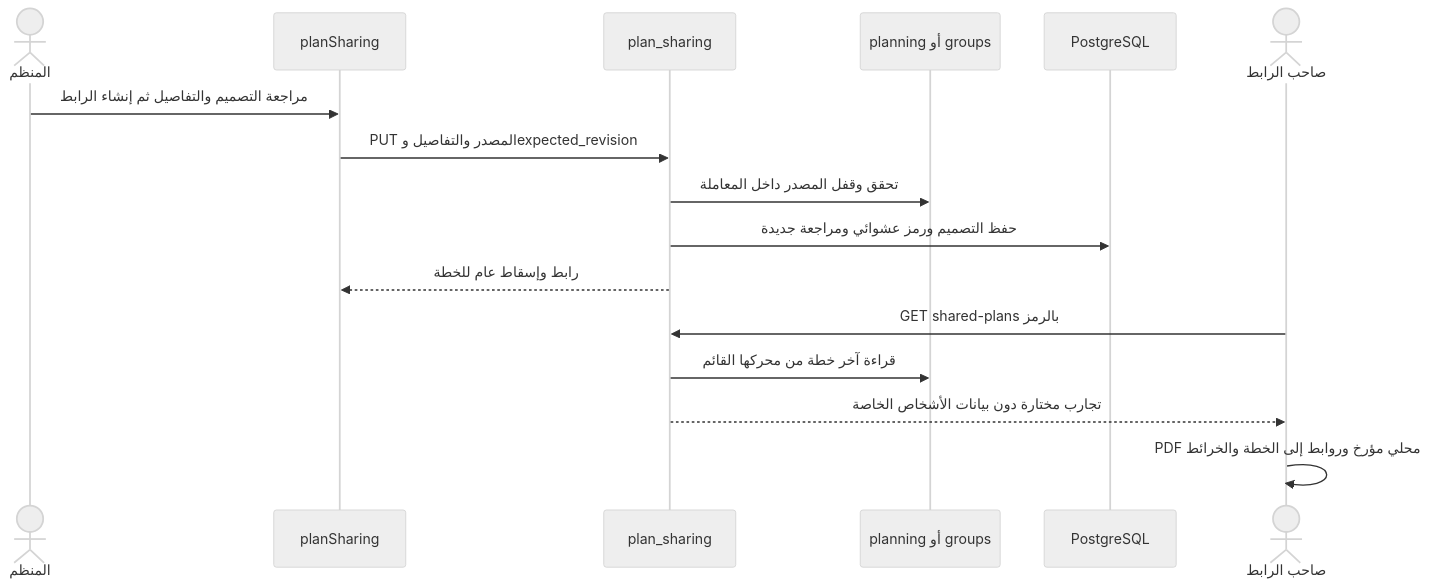
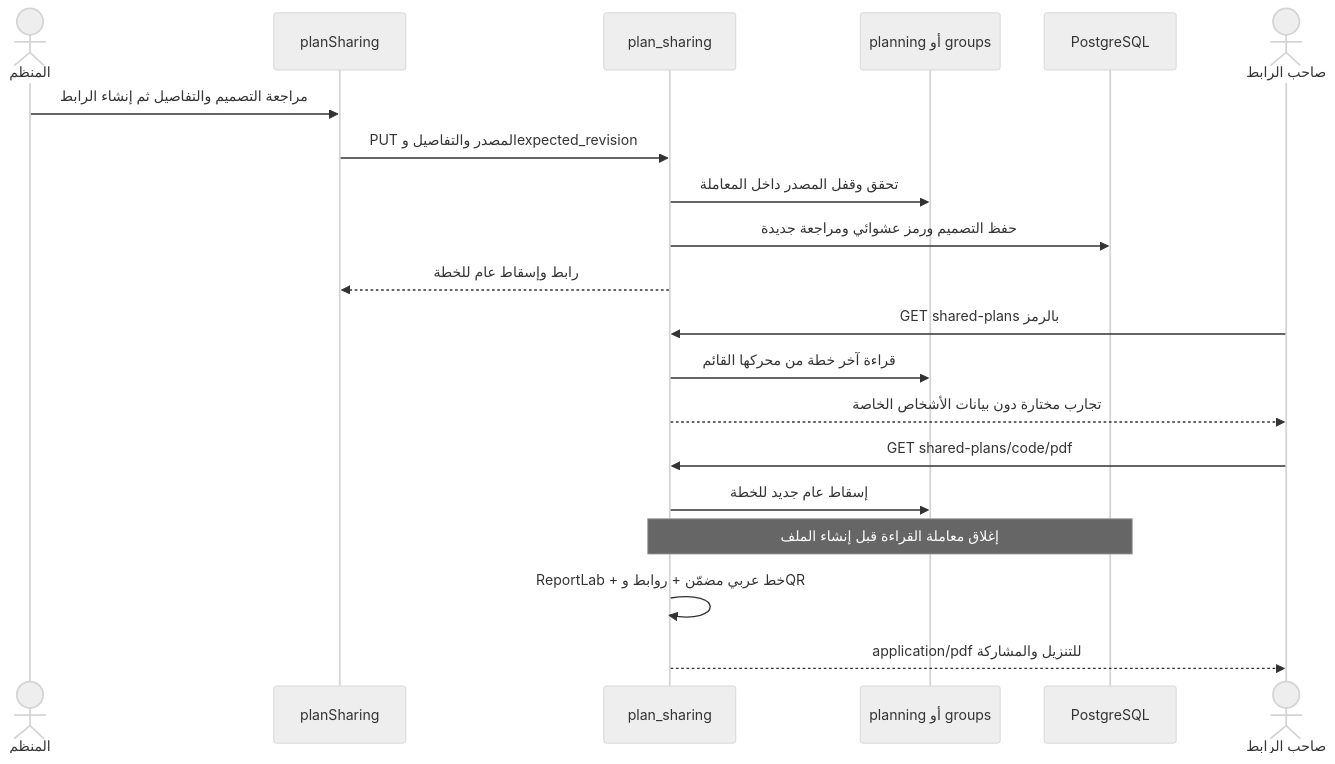
The sixth of 7 diagrams in docs/architecture-python-postgres.ar.md (shathaaa1110-arch/hatim-app), drawn with Mermaid (neutral theme) before and after one commit. The commit also changed other lines of this file and 37 other files, not shown here.

````diff
--- a/docs/architecture-python-postgres.ar.md
+++ b/docs/architecture-python-postgres.ar.md
@@ -331,18 +331,22 @@
 ```mermaid
 sequenceDiagram
     actor Owner as المنظم
     participant UI as planSharing
     participant API as plan_sharing
     participant Source as planning أو groups
     participant DB as PostgreSQL
     actor Guest as صاحب الرابط
     Owner->>UI: مراجعة التصميم والتفاصيل ثم إنشاء الرابط
     UI->>API: PUT المصدر والتفاصيل وexpected_revision
     API->>Source: تحقق وقفل المصدر داخل المعاملة
     API->>DB: حفظ التصميم ورمز عشوائي ومراجعة جديدة
     API-->>UI: رابط وإسقاط عام للخطة
     Guest->>API: GET shared-plans بالرمز
     API->>Source: قراءة آخر خطة من محركها القائم
     API-->>Guest: تجارب مختارة دون بيانات الأشخاص الخاصة
-    Guest->>Guest: PDF محلي مؤرخ وروابط إلى الخطة والخرائط
+    Guest->>API: GET shared-plans/code/pdf
+    API->>Source: إسقاط عام جديد للخطة
+    Note over API,DB: إغلاق معاملة القراءة قبل إنشاء الملف
+    API->>API: ReportLab + خط عربي مضمّن + روابط وQR
+    API-->>Guest: application/pdf للتنزيل والمشاركة
 ```
````
